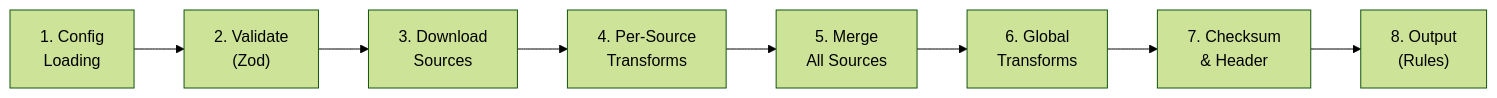
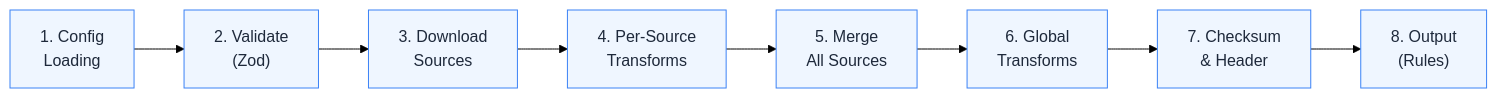
The second of 19 diagrams in docs/development/ARCHITECTURE.md (jaypatrick/adblock-compiler), drawn with Mermaid (forest theme) before and after one commit. The commit also changed other lines of this file, not shown here.

Commit message:
docs: update ARCHITECTURE.md with current architecture and color-coded diagrams

````diff
--- a/docs/development/ARCHITECTURE.md
+++ b/docs/development/ARCHITECTURE.md
@@ -97,10 +136,11 @@
 ```mermaid
 flowchart LR
-    A["1. Config<br/>Loading"] --> B["2. Validate<br/>(Zod)"]
-    B --> C["3. Download<br/>Sources"]
-    C --> D["4. Per-Source<br/>Transforms"]
-    D --> E["5. Merge<br/>All Sources"]
-    E --> F["6. Global<br/>Transforms"]
-    F --> G["7. Checksum<br/>& Header"]
-    G --> H["8. Output<br/>(Rules)"]
+    classDef step fill:#eff6ff,stroke:#3b82f6,color:#1e293b
+    A["1. Config<br/>Loading"]:::step --> B["2. Validate<br/>(Zod)"]:::step
+    B --> C["3. Download<br/>Sources"]:::step
+    C --> D["4. Per-Source<br/>Transforms"]:::step
+    D --> E["5. Merge<br/>All Sources"]:::step
+    E --> F["6. Global<br/>Transforms"]:::step
+    F --> G["7. Checksum<br/>& Header"]:::step
+    G --> H["8. Output<br/>(Rules)"]:::step
 ```
````
